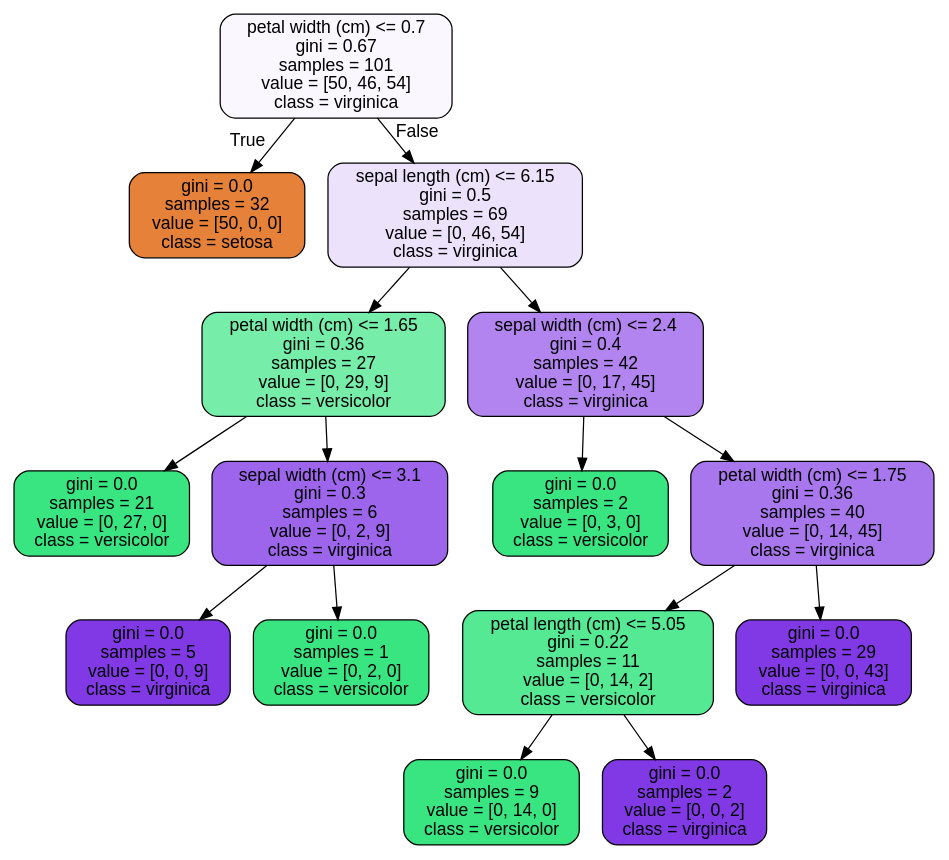
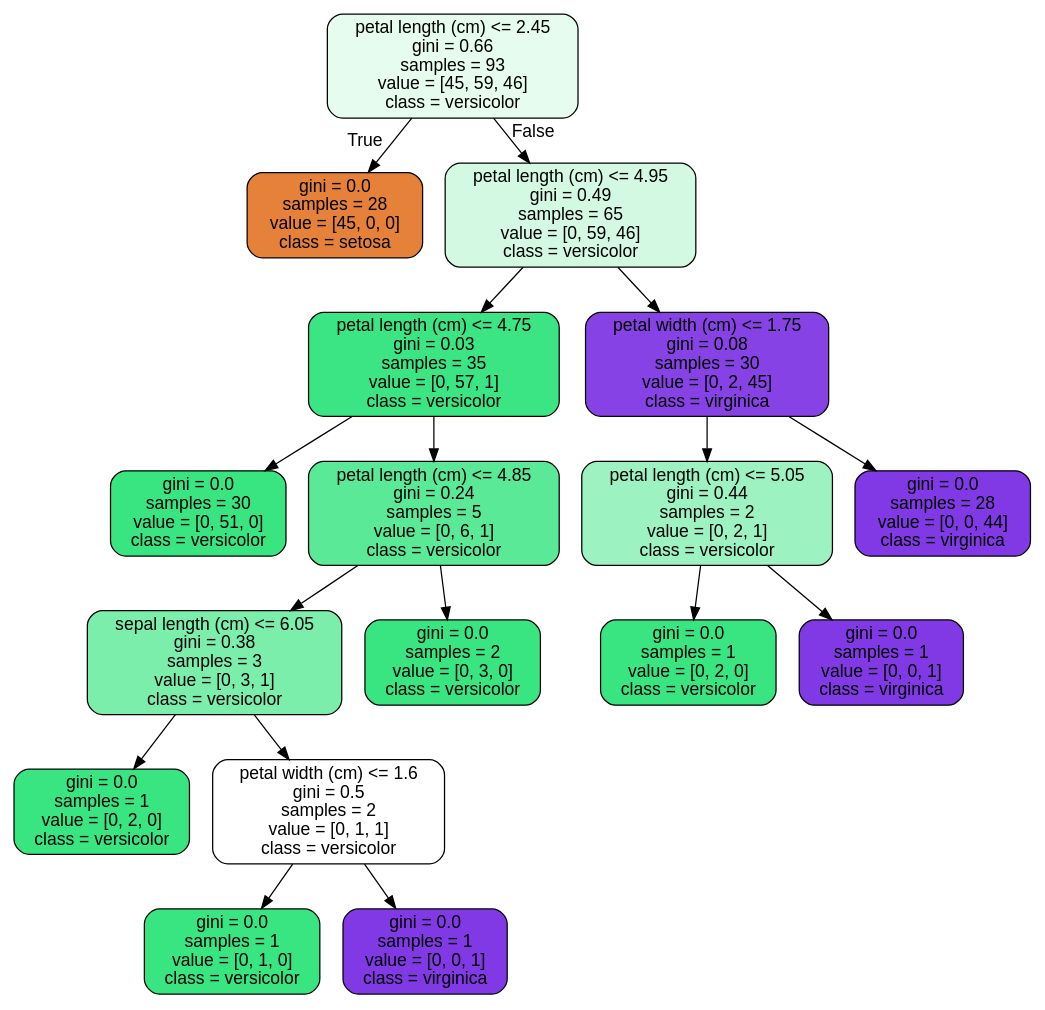
The diagram in tree.dot (StephenDodd1/RandomForest), drawn with Graphviz before and after one commit. The commit also changed 6 other files, not shown here.

```diff
--- a/tree.dot
+++ b/tree.dot
@@ -1,33 +1,37 @@
 digraph Tree {
 node [shape=box, style="filled, rounded", color="black", fontname=helvetica] ;
 edge [fontname=helvetica] ;
-0 [label="petal width (cm) <= 0.7\ngini = 0.67\nsamples = 101\nvalue = [50, 46, 54]\nclass = virginica", fillcolor="#faf7fe"] ;
-1 [label="gini = 0.0\nsamples = 32\nvalue = [50, 0, 0]\nclass = setosa", fillcolor="#e58139"] ;
+0 [label="petal length (cm) <= 2.45\ngini = 0.66\nsamples = 93\nvalue = [45, 59, 46]\nclass = versicolor", fillcolor="#e6fcef"] ;
+1 [label="gini = 0.0\nsamples = 28\nvalue = [45, 0, 0]\nclass = setosa", fillcolor="#e58139"] ;
 0 -> 1 [labeldistance=2.5, labelangle=45, headlabel="True"] ;
-2 [label="sepal length (cm) <= 6.15\ngini = 0.5\nsamples = 69\nvalue = [0, 46, 54]\nclass = virginica", fillcolor="#ece2fb"] ;
+2 [label="petal length (cm) <= 4.95\ngini = 0.49\nsamples = 65\nvalue = [0, 59, 46]\nclass = versicolor", fillcolor="#d3f9e3"] ;
 0 -> 2 [labeldistance=2.5, labelangle=-45, headlabel="False"] ;
-3 [label="petal width (cm) <= 1.65\ngini = 0.36\nsamples = 27\nvalue = [0, 29, 9]\nclass = versicolor", fillcolor="#76eda8"] ;
+3 [label="petal length (cm) <= 4.75\ngini = 0.03\nsamples = 35\nvalue = [0, 57, 1]\nclass = versicolor", fillcolor="#3ce583"] ;
 2 -> 3 ;
-4 [label="gini = 0.0\nsamples = 21\nvalue = [0, 27, 0]\nclass = versicolor", fillcolor="#39e581"] ;
+4 [label="gini = 0.0\nsamples = 30\nvalue = [0, 51, 0]\nclass = versicolor", fillcolor="#39e581"] ;
 3 -> 4 ;
-5 [label="sepal width (cm) <= 3.1\ngini = 0.3\nsamples = 6\nvalue = [0, 2, 9]\nclass = virginica", fillcolor="#9d65eb"] ;
+5 [label="petal length (cm) <= 4.85\ngini = 0.24\nsamples = 5\nvalue = [0, 6, 1]\nclass = versicolor", fillcolor="#5ae996"] ;
 3 -> 5 ;
-6 [label="gini = 0.0\nsamples = 5\nvalue = [0, 0, 9]\nclass = virginica", fillcolor="#8139e5"] ;
+6 [label="sepal length (cm) <= 6.05\ngini = 0.38\nsamples = 3\nvalue = [0, 3, 1]\nclass = versicolor", fillcolor="#7beeab"] ;
 5 -> 6 ;
 7 [label="gini = 0.0\nsamples = 1\nvalue = [0, 2, 0]\nclass = versicolor", fillcolor="#39e581"] ;
-5 -> 7 ;
-8 [label="sepal width (cm) <= 2.4\ngini = 0.4\nsamples = 42\nvalue = [0, 17, 45]\nclass = virginica", fillcolor="#b184ef"] ;
-2 -> 8 ;
-9 [label="gini = 0.0\nsamples = 2\nvalue = [0, 3, 0]\nclass = versicolor", fillcolor="#39e581"] ;
+6 -> 7 ;
+8 [label="petal width (cm) <= 1.6\ngini = 0.5\nsamples = 2\nvalue = [0, 1, 1]\nclass = versicolor", fillcolor="#ffffff"] ;
+6 -> 8 ;
+9 [label="gini = 0.0\nsamples = 1\nvalue = [0, 1, 0]\nclass = versicolor", fillcolor="#39e581"] ;
 8 -> 9 ;
-10 [label="petal width (cm) <= 1.75\ngini = 0.36\nsamples = 40\nvalue = [0, 14, 45]\nclass = virginica", fillcolor="#a877ed"] ;
+10 [label="gini = 0.0\nsamples = 1\nvalue = [0, 0, 1]\nclass = virginica", fillcolor="#8139e5"] ;
 8 -> 10 ;
-11 [label="petal length (cm) <= 5.05\ngini = 0.22\nsamples = 11\nvalue = [0, 14, 2]\nclass = versicolor", fillcolor="#55e993"] ;
-10 -> 11 ;
-12 [label="gini = 0.0\nsamples = 9\nvalue = [0, 14, 0]\nclass = versicolor", fillcolor="#39e581"] ;
-11 -> 12 ;
-13 [label="gini = 0.0\nsamples = 2\nvalue = [0, 0, 2]\nclass = virginica", fillcolor="#8139e5"] ;
-11 -> 13 ;
-14 [label="gini = 0.0\nsamples = 29\nvalue = [0, 0, 43]\nclass = virginica", fillcolor="#8139e5"] ;
-10 -> 14 ;
+11 [label="gini = 0.0\nsamples = 2\nvalue = [0, 3, 0]\nclass = versicolor", fillcolor="#39e581"] ;
+5 -> 11 ;
+12 [label="petal width (cm) <= 1.75\ngini = 0.08\nsamples = 30\nvalue = [0, 2, 45]\nclass = virginica", fillcolor="#8742e6"] ;
+2 -> 12 ;
+13 [label="petal length (cm) <= 5.05\ngini = 0.44\nsamples = 2\nvalue = [0, 2, 1]\nclass = versicolor", fillcolor="#9cf2c0"] ;
+12 -> 13 ;
+14 [label="gini = 0.0\nsamples = 1\nvalue = [0, 2, 0]\nclass = versicolor", fillcolor="#39e581"] ;
+13 -> 14 ;
+15 [label="gini = 0.0\nsamples = 1\nvalue = [0, 0, 1]\nclass = virginica", fillcolor="#8139e5"] ;
+13 -> 15 ;
+16 [label="gini = 0.0\nsamples = 28\nvalue = [0, 0, 44]\nclass = virginica", fillcolor="#8139e5"] ;
+12 -> 16 ;
 }
```
